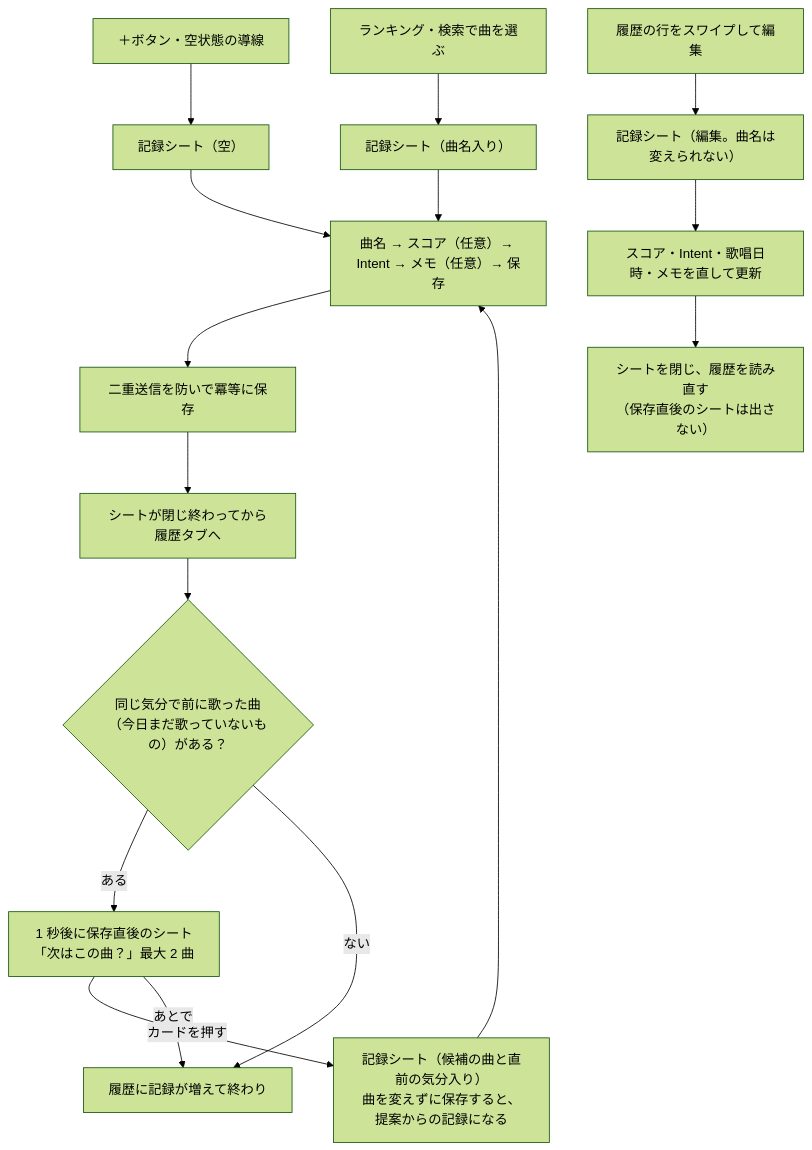
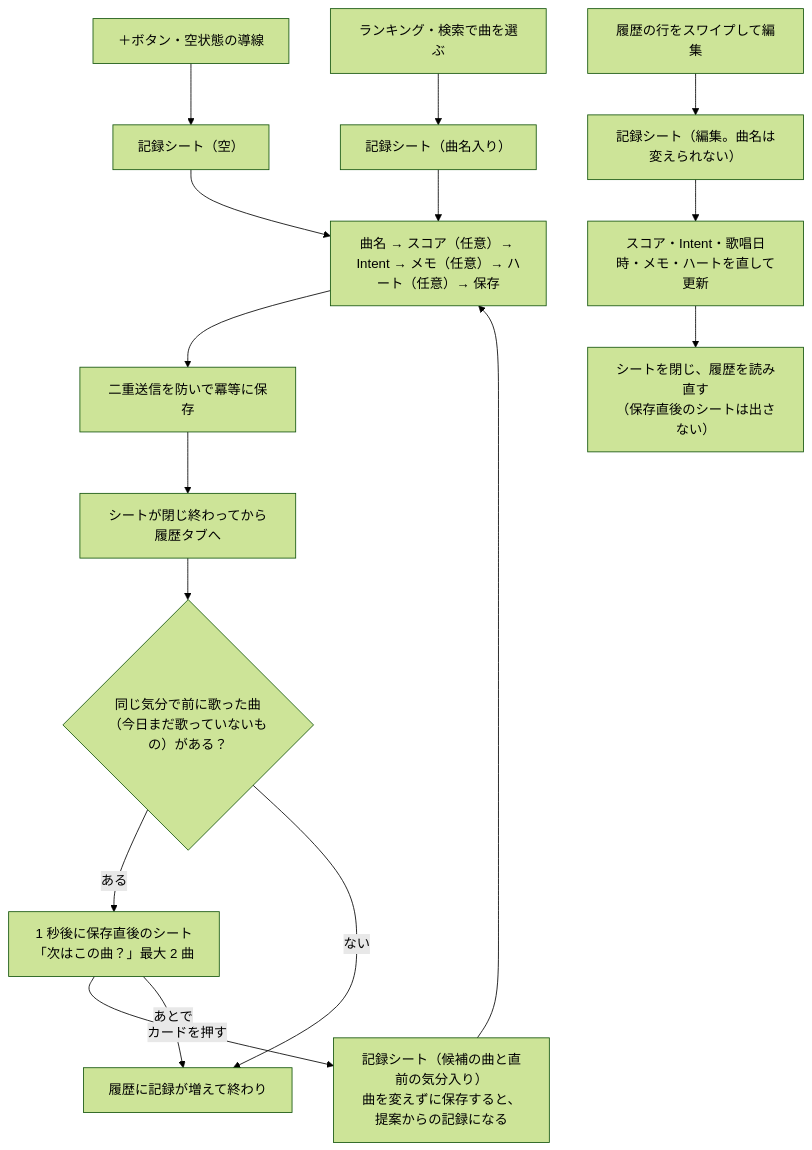
One commit to omomi-moti/Karaoke_support changed the fourth of 4 diagrams in docs/architecture.md. Above: the diagram before and after it, drawn with Mermaid (forest theme). The commit also changed other lines of this file and 25 other files, not shown here.

````diff
--- a/docs/architecture.md
+++ b/docs/architecture.md
@@ -213,20 +215,20 @@
 ```mermaid
 flowchart TD
     P["＋ボタン・空状態の導線"] --> S1["記録シート（空）"]
     R["ランキング・検索で曲を選ぶ"] --> S2["記録シート（曲名入り）"]
     E["履歴の行をスワイプして編集"] --> S3["記録シート（編集。曲名は変えられない）"]
 
-    S1 --> IN["曲名 → スコア（任意）→ Intent → メモ（任意）→ 保存"]
+    S1 --> IN["曲名 → スコア（任意）→ Intent → メモ（任意）→ ハート（任意）→ 保存"]
     S2 --> IN
     IN --> SAVE["二重送信を防いで冪等に保存"]
     SAVE --> CLOSE["シートが閉じ終わってから履歴タブへ"]
     CLOSE --> Q{"同じ気分で前に歌った曲<br>（今日まだ歌っていないもの）がある？"}
     Q -->|ある| AS["1 秒後に保存直後のシート<br>「次はこの曲？」最大 2 曲"]
     Q -->|ない| END["履歴に記録が増えて終わり"]
     AS -->|カードを押す| S4["記録シート（候補の曲と直前の気分入り）<br>曲を変えずに保存すると、提案からの記録になる"]
     AS -->|あとで| END
     S4 --> IN
 
-    S3 --> UP["スコア・Intent・歌唱日時・メモを直して更新"]
+    S3 --> UP["スコア・Intent・歌唱日時・メモ・ハートを直して更新"]
     UP --> CLOSE2["シートを閉じ、履歴を読み直す<br>（保存直後のシートは出さない）"]
 ```
````
